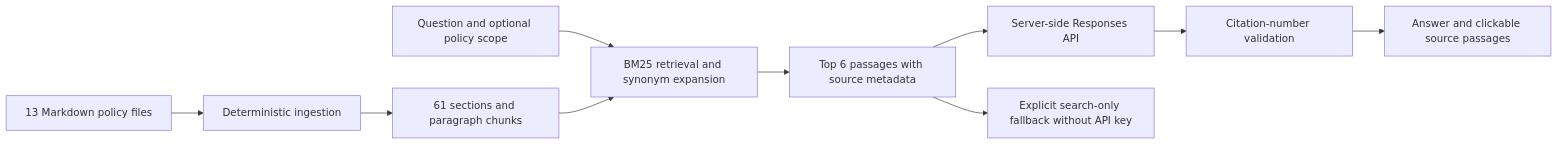
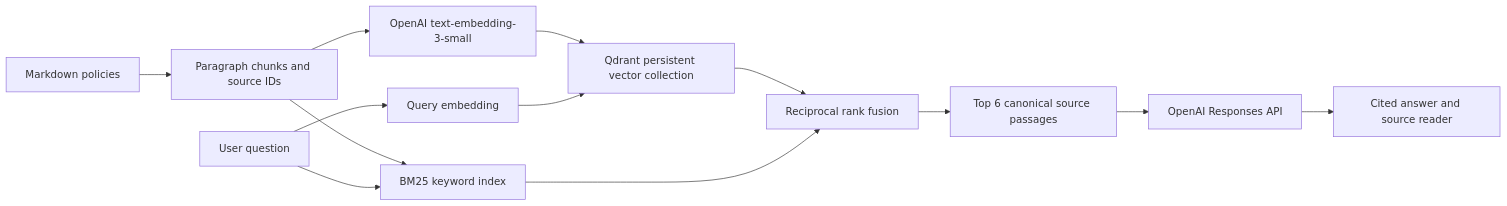
The diagram in README.md (emmaserunjogi-debug/Northstar), drawn with Mermaid before and after one commit. The commit also changed other lines of this file and 15 other files, not shown here.

````diff
--- a/README.md
+++ b/README.md
@@ -27,12 +87,15 @@
 ```mermaid
 flowchart LR
-  A[13 Markdown policy files] --> B[Deterministic ingestion]
-  B --> C[61 sections and paragraph chunks]
-  Q[Question and optional policy scope] --> R[BM25 retrieval and synonym expansion]
-  C --> R
-  R --> E[Top 6 passages with source metadata]
-  E --> G[Server-side Responses API]
-  G --> V[Citation-number validation]
-  V --> U[Answer and clickable source passages]
-  E --> F[Explicit search-only fallback without API key]
+  A[Markdown policies] --> B[Paragraph chunks and source IDs]
+  B --> C[OpenAI text-embedding-3-small]
+  C --> D[Qdrant persistent vector collection]
+  B --> K[BM25 keyword index]
+  Q[User question] --> E[Query embedding]
+  E --> D
+  Q --> K
+  D --> F[Reciprocal rank fusion]
+  K --> F
+  F --> G[Top 6 canonical source passages]
+  G --> L[OpenAI Responses API]
+  L --> U[Cited answer and source reader]
 ```
````
